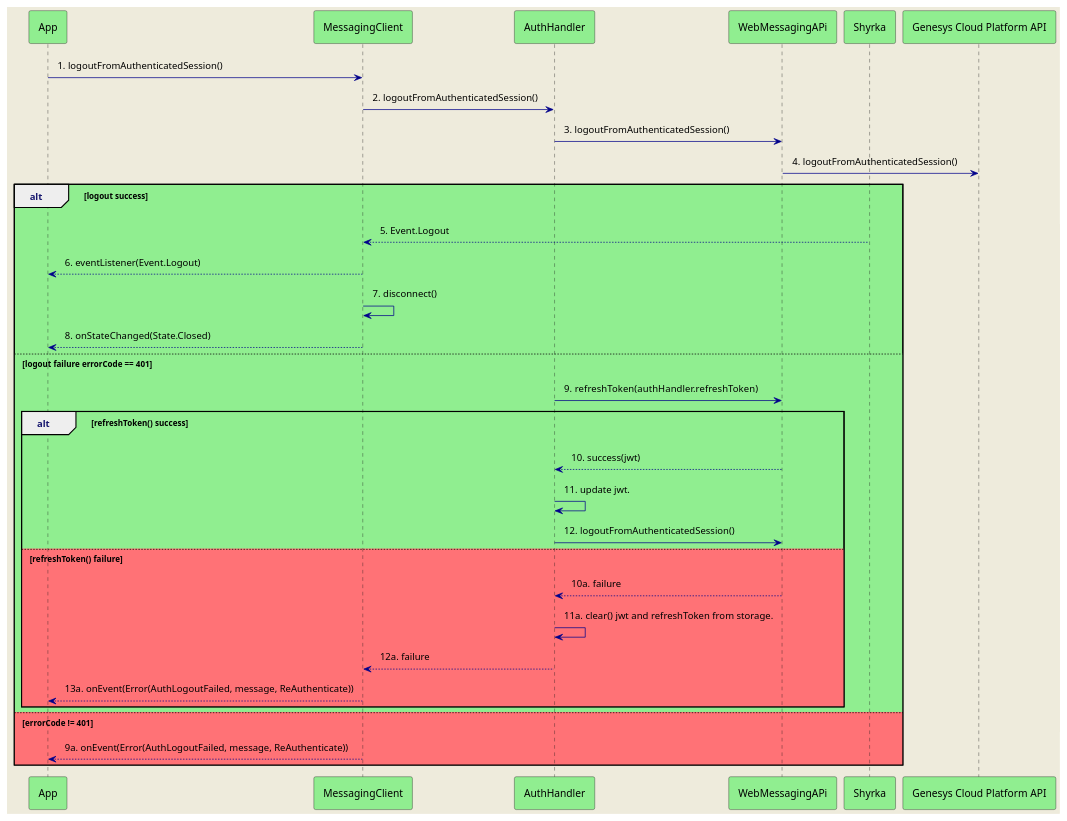
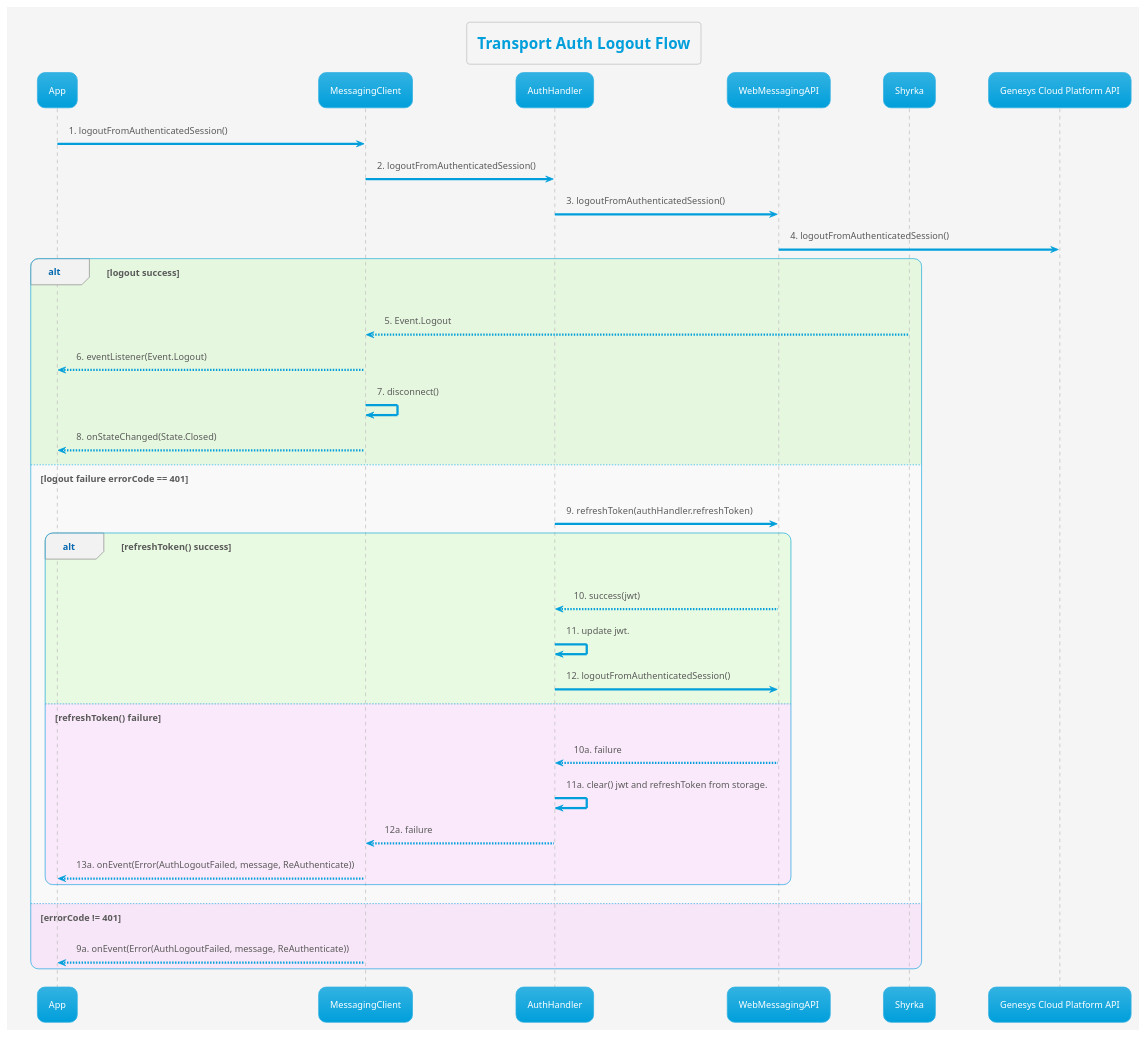
The diagram in transport/uml/auth_flow/transport_auth_logout_flow.puml (MyPureCloud/genesys-messenger-transport-mobile-sdk), drawn with PlantUML before and after one commit. The commit also changed 11 other files, not shown here.

First line of the commit message:
MTSDK-223 Align Diagram Themes (#211)

```diff
--- a/transport/uml/auth_flow/transport_auth_logout_flow.puml
+++ b/transport/uml/auth_flow/transport_auth_logout_flow.puml
@@ -1,44 +1,43 @@
 @startuml
-skinparam {
-        ArrowColor darkBlue
-        backgroundColor #EEEBDC
-        NoteBackgroundColor #lightyellow
-        NoteBorderColor gray
-        sequenceGroupHeaderFontColor midnightblue
-        padding 6
-}
+'https://plantuml.com/sequence-diagram
 
-participant App #lightGreen
-participant MessagingClient #lightGreen
-participant AuthHandler #lightGreen
-participant WebMessagingAPi #lightGreen
-participant Shyrka #lightGreen
-participant "Genesys Cloud Platform API" #lightGreen
+!theme bluegray
+!pragma teoz true
+
+skinparam backgroundColor #whitesmoke
+title Transport Auth Logout Flow
+
+participant App
+participant MessagingClient
+participant AuthHandler
+participant WebMessagingAPI
+participant Shyrka
+participant "Genesys Cloud Platform API"
 
 
     App -> MessagingClient : 1. logoutFromAuthenticatedSession()
     MessagingClient -> AuthHandler : 2. logoutFromAuthenticatedSession()
-    AuthHandler -> WebMessagingAPi : 3. logoutFromAuthenticatedSession()
-    WebMessagingAPi -> "Genesys Cloud Platform API" : 4. logoutFromAuthenticatedSession()
-    alt #lightgreen logout success
+    AuthHandler -> WebMessagingAPI : 3. logoutFromAuthenticatedSession()
+    WebMessagingAPI -> "Genesys Cloud Platform API" : 4. logoutFromAuthenticatedSession()
+    alt #aaff8833 logout success
     Shyrka --> MessagingClient : 5. Event.Logout
     MessagingClient --> App : 6. eventListener(Event.Logout)
     MessagingClient -> MessagingClient: 7. disconnect()
     MessagingClient --> App : 8. onStateChanged(State.Closed)
-    else logout failure errorCode == 401
-                AuthHandler -> WebMessagingAPi : 9. refreshToken(authHandler.refreshToken)
-                alt #lightgreen refreshToken() success
-                WebMessagingAPi --> AuthHandler : 10. success(jwt)
+    else #fcfcfcaa logout failure errorCode == 401
+                AuthHandler -> WebMessagingAPI : 9. refreshToken(authHandler.refreshToken)
+                alt #aaff8833 refreshToken() success
+                WebMessagingAPI --> AuthHandler : 10. success(jwt)
                 AuthHandler -> AuthHandler : 11. update jwt.
-                AuthHandler -> WebMessagingAPi : 12. logoutFromAuthenticatedSession()
-                else #FF7276 refreshToken() failure
-                WebMessagingAPi --> AuthHandler : 10a. failure
+                AuthHandler -> WebMessagingAPI : 12. logoutFromAuthenticatedSession()
+                else #ffaaff33 refreshToken() failure
+                WebMessagingAPI --> AuthHandler : 10a. failure
                 AuthHandler -> AuthHandler : 11a. clear() jwt and refreshToken from storage.
                 AuthHandler --> MessagingClient : 12a. failure
                 MessagingClient --> App : 13a. onEvent(Error(AuthLogoutFailed, message, ReAuthenticate))
                 end
-            else #FF7276 errorCode != 401
+            else #ffaaff33 errorCode != 401
                 MessagingClient --> App : 9a. onEvent(Error(AuthLogoutFailed, message, ReAuthenticate))
     end
 
 @enduml
```
